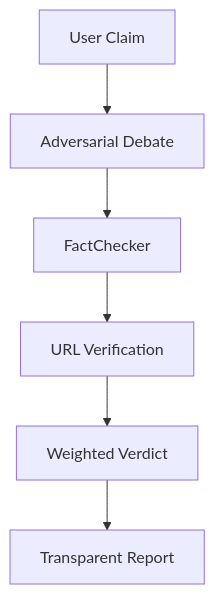
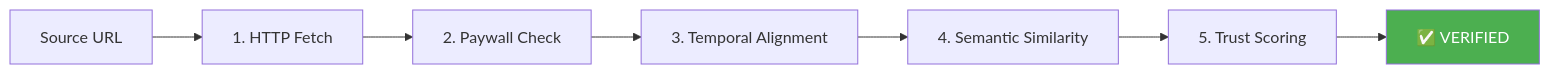
Before and after one commit to AyushDevadiga1/Insight-Swarm: the eighth of 8 diagrams in README.md, drawn with Mermaid. The commit also changed other lines of this file, not shown here.

````diff
--- a/README.md
+++ b/README.md
@@ -174,8 +673,11 @@
 ```mermaid
-graph TD
-    A[User Claim] --> B[Adversarial Debate]
-    B --> C[FactChecker]
-    C --> D[URL Verification]
-    D --> E[Weighted Verdict]
-    E --> F[Transparent Report]
+flowchart LR
+    URL[Source URL] --> L1[1. HTTP Fetch]
+    L1 --> L2[2. Paywall Check]
+    L2 --> L3[3. Temporal Alignment]
+    L3 --> L4[4. Semantic Similarity]
+    L4 --> L5[5. Trust Scoring]
+    L5 --> VERIFIED[✅ VERIFIED]
+    
+    style VERIFIED fill:#4CAF50,color:#fff
 ```
````
